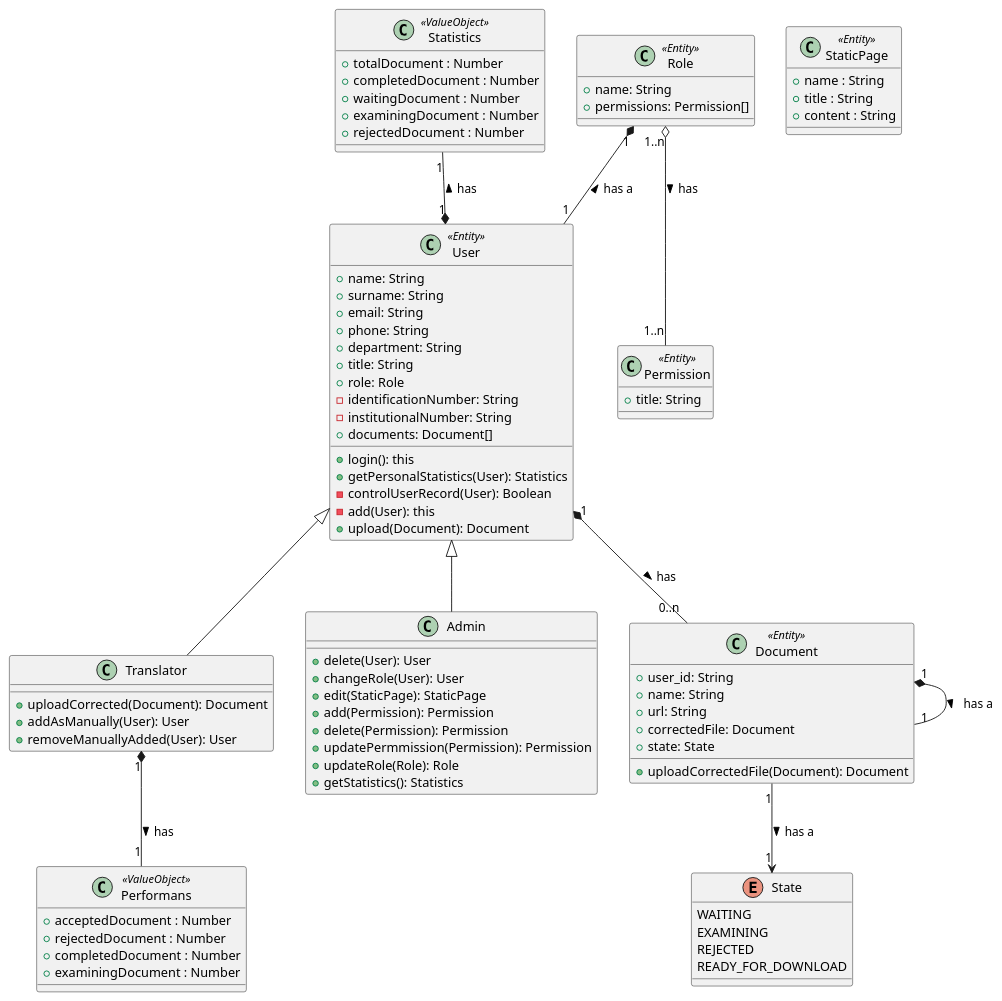
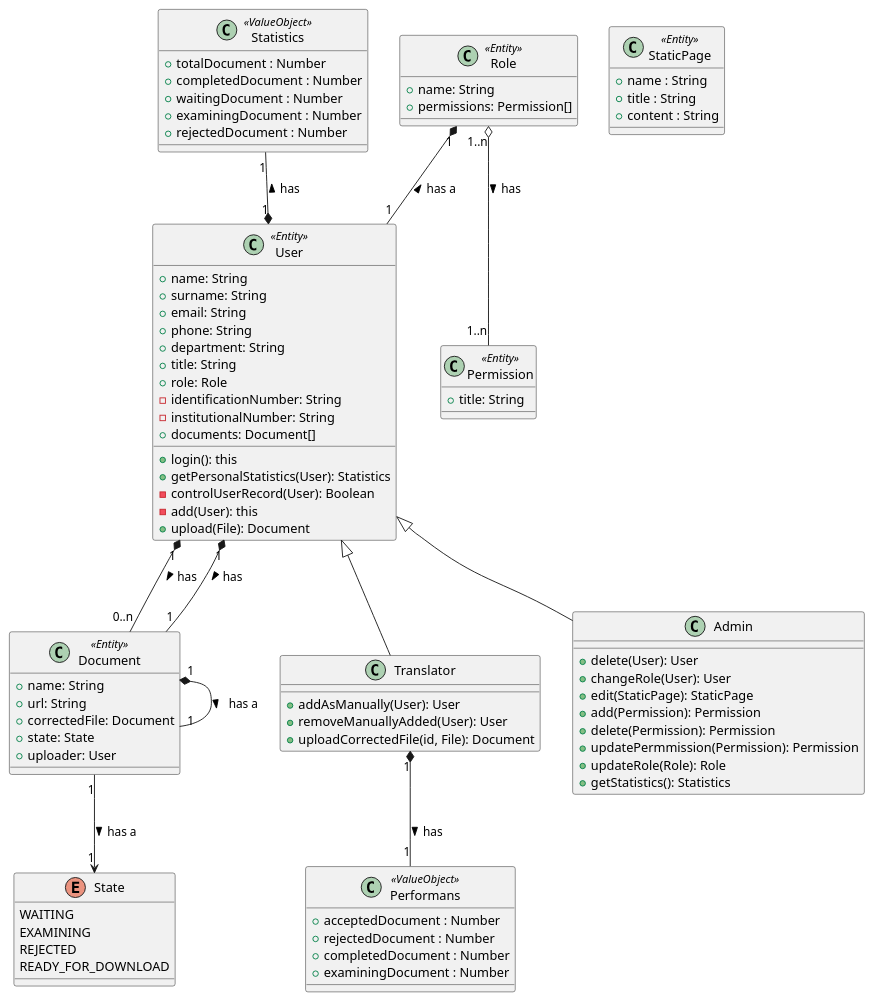
The diagram in class-diagram.puml (uygaraydin/academic-paper-proofreading), drawn with PlantUML before and after one commit. The commit also changed 5 other files, not shown here.

```diff
--- a/class-diagram.puml
+++ b/class-diagram.puml
@@ -1,96 +1,96 @@
 @startuml APP
 
 class User <<Entity>> {
   + name: String
   + surname: String
   + email: String
   + phone: String
   + department: String
   + title: String
   + role: Role
   - identificationNumber: String
   - institutionalNumber: String
   + documents: Document[]
   + login(): this
   + getPersonalStatistics(User): Statistics
   - controlUserRecord(User): Boolean
   - add(User): this
-  + upload(Document): Document
+  + upload(File): Document
 }
 
 class Translator {
-  + uploadCorrected(Document): Document
   + addAsManually(User): User
   + removeManuallyAdded(User): User
+  + uploadCorrectedFile(id, File): Document
 }
 
 class Admin {
   + delete(User): User
   + changeRole(User): User
   + edit(StaticPage): StaticPage
   + add(Permission): Permission
   + delete(Permission): Permission
   + updatePermmission(Permission): Permission
   + updateRole(Role): Role
   + getStatistics(): Statistics
 }
 
 class Statistics <<ValueObject>> {
   + totalDocument : Number
   + completedDocument : Number
   + waitingDocument : Number
   + examiningDocument : Number
   + rejectedDocument : Number
 }
 
 class Performans <<ValueObject>> {
   + acceptedDocument : Number
   + rejectedDocument : Number
   + completedDocument : Number
   + examiningDocument : Number
 }
 
 class StaticPage <<Entity>> {
   + name : String
   + title : String
   + content : String
 }
 
 class Document <<Entity>> {
-  + user_id: String
   + name: String
   + url: String
   + correctedFile: Document
   + state: State
-  + uploadCorrectedFile(Document): Document
+  + uploader: User
 }
 
 class Role <<Entity>> {
   + name: String
   + permissions: Permission[]
 }
 
 class Permission <<Entity>> {
   + title: String
 }
 
 enum State {
   WAITING
   EXAMINING
   REJECTED
   READY_FOR_DOWNLOAD
 }
 
 
 Translator -up-|> User
 Admin -up-|> User
 User "1" *-- "0..n" Document : has >
+User "1" *-up- "1" Document : has >
 Document "1" --> "1" State : has a >
 Document "1" *-- "1" Document : has a >
 Role "1" *-- "1" User : has a <
 Role "1..n" o-- "1..n" Permission : has >
 User "1" *-up- "1" Statistics : has >
 Translator "1" *-- "1" Performans : has >
 
 
 @enduml
```
